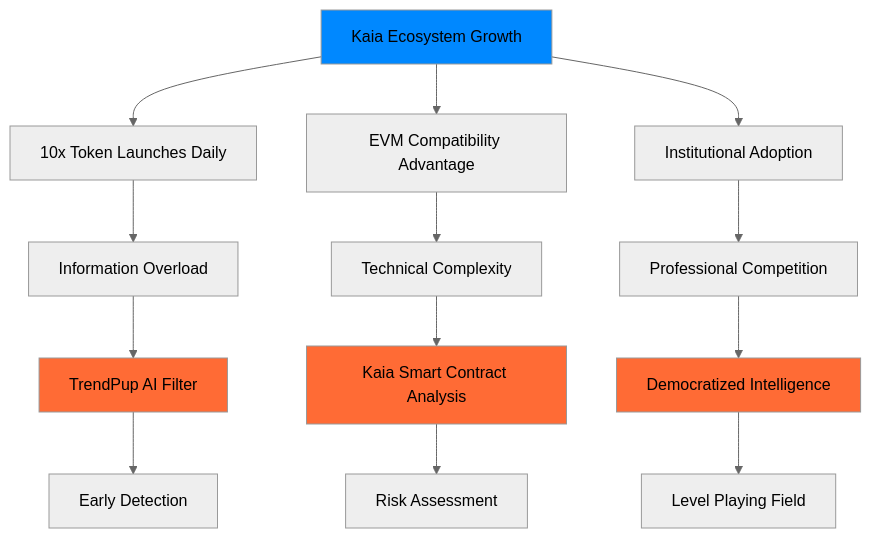
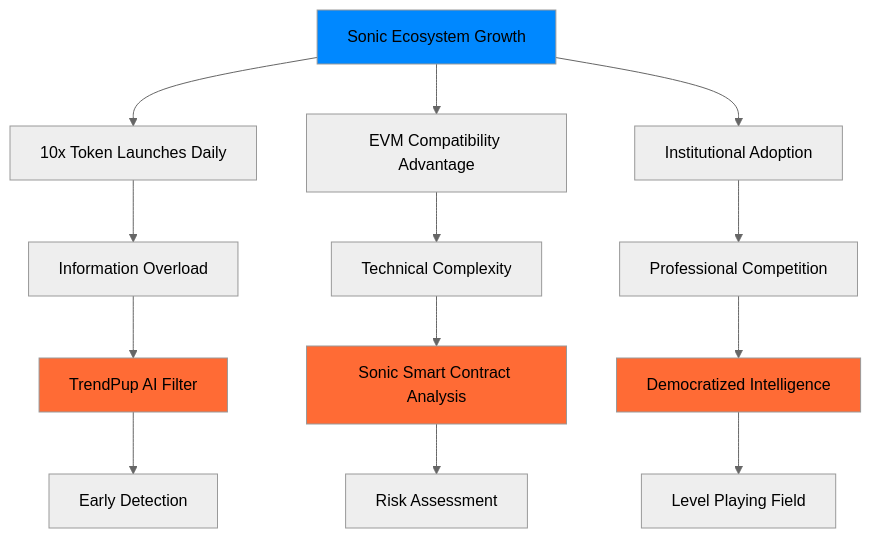
The third of 8 diagrams in README.md (Spydiecy/Trendpup_Sonic), drawn with Mermaid (neutral theme) before and after one commit. The commit also changed other lines of this file and 10 other files, not shown here.

````diff
--- a/README.md
+++ b/README.md
@@ -318,23 +318,23 @@
 ```mermaid
 graph TD
-    A[Kaia Ecosystem Growth] --> B[10x Token Launches Daily]
+    A[Sonic Ecosystem Growth] --> B[10x Token Launches Daily]
     A --> C[EVM Compatibility Advantage]
     A --> D[Institutional Adoption]
     
     B --> E[Information Overload]
     C --> F[Technical Complexity]
     D --> G[Professional Competition]
     
     E --> H[TrendPup AI Filter]
-    F --> I[Kaia Smart Contract Analysis]
+    F --> I[Sonic Smart Contract Analysis]
     G --> J[Democratized Intelligence]
     
     H --> K[Early Detection]
     I --> L[Risk Assessment]
     J --> M[Level Playing Field]
     
     style A fill:#0088ff
     style H fill:#ff6b35
     style I fill:#ff6b35
     style J fill:#ff6b35
 ```
````
